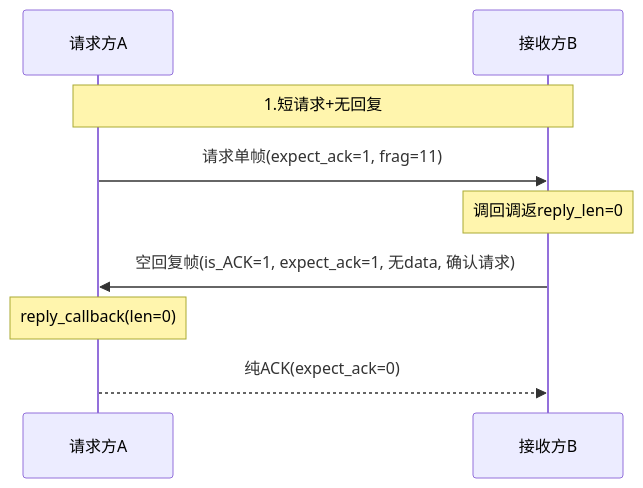
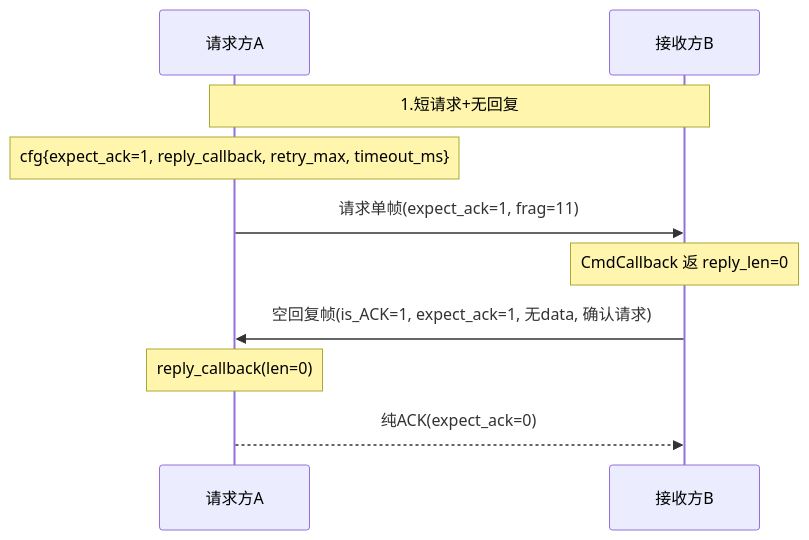
Before and after one commit to Siaiai/ObsidianNote: the first of 14 diagrams in 工作/项目/代码/260401S3分拣面板-SIA-R9000P.md, drawn with Mermaid. The commit also changed other lines of this file and 1 other file, not shown here.

````diff
--- a/工作/项目/代码/260401S3分拣面板-SIA-R9000P.md
+++ b/工作/项目/代码/260401S3分拣面板-SIA-R9000P.md
@@ -84,11 +97,12 @@
 ```mermaid
 sequenceDiagram
     participant A as 请求方A
     participant B as 接收方B
     Note over A,B: 1.短请求+无回复
+    Note over A: cfg{expect_ack=1, reply_callback, retry_max, timeout_ms}
     A->>B: 请求单帧(expect_ack=1, frag=11)
-    Note over B: 调回调返reply_len=0
+    Note over B: CmdCallback 返 reply_len=0
     B->>A: 空回复帧(is_ACK=1, expect_ack=1, 无data, 确认请求)
     Note over A: reply_callback(len=0)
     A-->>B: 纯ACK(expect_ack=0)
 ```
````
